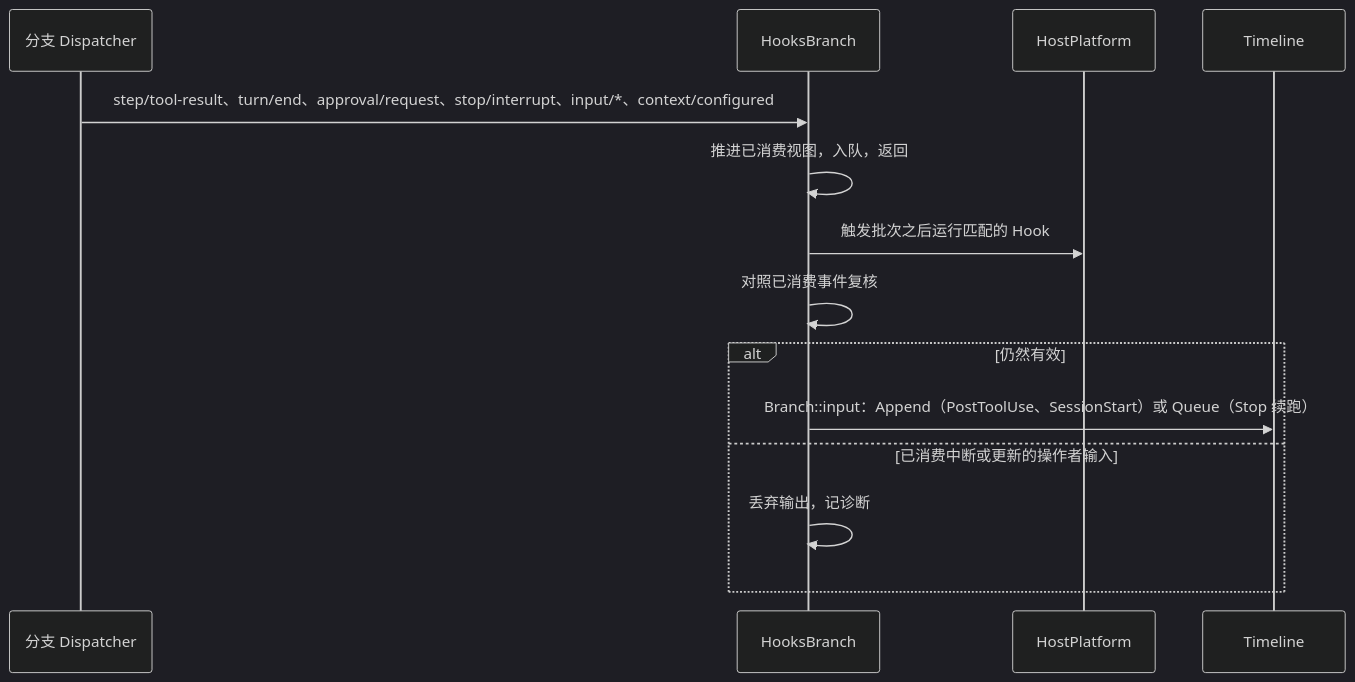
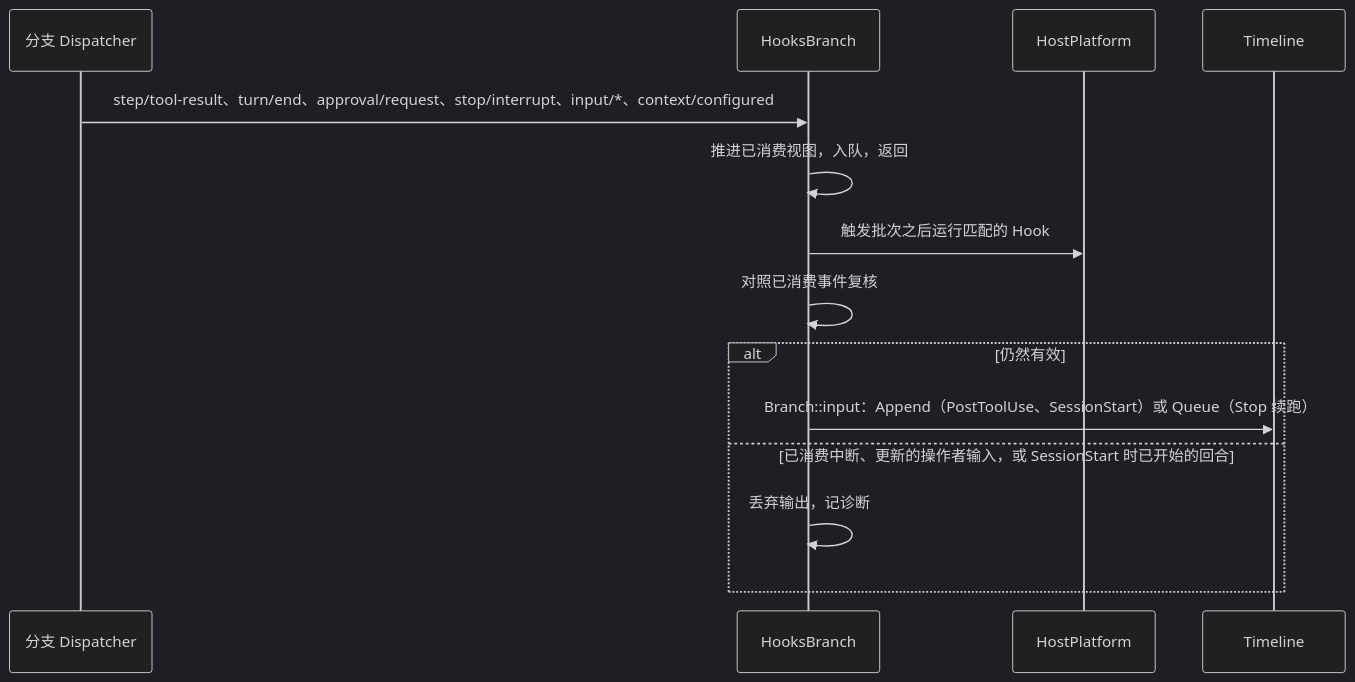
Before and after one commit to CoutinhoTTS/dim-agent: the sixth of 6 diagrams in docs/zh/design/plugins/Hooks.md, drawn with Mermaid (dark theme). The commit also changed other lines of this file and 2 other files, not shown here.

Commit message:
docs(hooks): name the started turn in the session-start recheck
§3.4's recheck list now says that SessionStart output is dropped once a
turn has started on the branch, because its block must come before the
first turn. The architecture page says the same.

Refs #755

````diff
--- a/docs/zh/design/plugins/Hooks.md
+++ b/docs/zh/design/plugins/Hooks.md
@@ -189,16 +189,16 @@
 ```mermaid
 sequenceDiagram
   participant DP as 分支 Dispatcher
   participant HB as HooksBranch
   participant HP as HostPlatform
   participant TL as Timeline
   DP->>HB: step/tool-result、turn/end、approval/request、stop/interrupt、input/*、context/configured
   HB->>HB: 推进已消费视图，入队，返回
   HB->>HP: 触发批次之后运行匹配的 Hook
   HB->>HB: 对照已消费事件复核
   alt 仍然有效
     HB->>TL: Branch::input：Append（PostToolUse、SessionStart）或 Queue（Stop 续跑）
-  else 已消费中断或更新的操作者输入
+  else 已消费中断、更新的操作者输入，或 SessionStart 时已开始的回合
     HB->>HB: 丢弃输出，记诊断
   end
 ```
````
